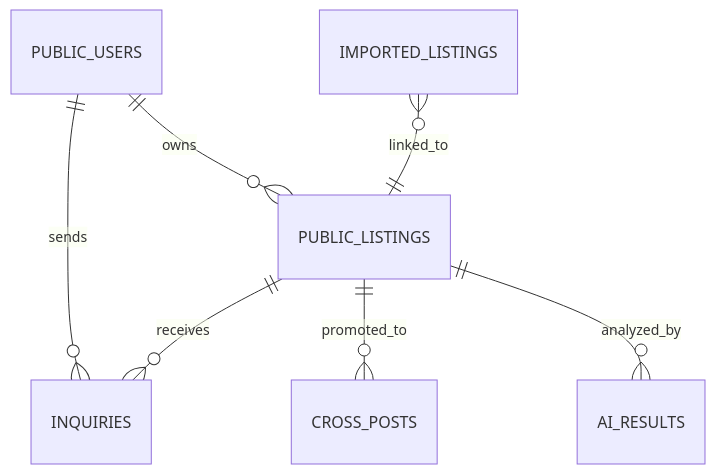
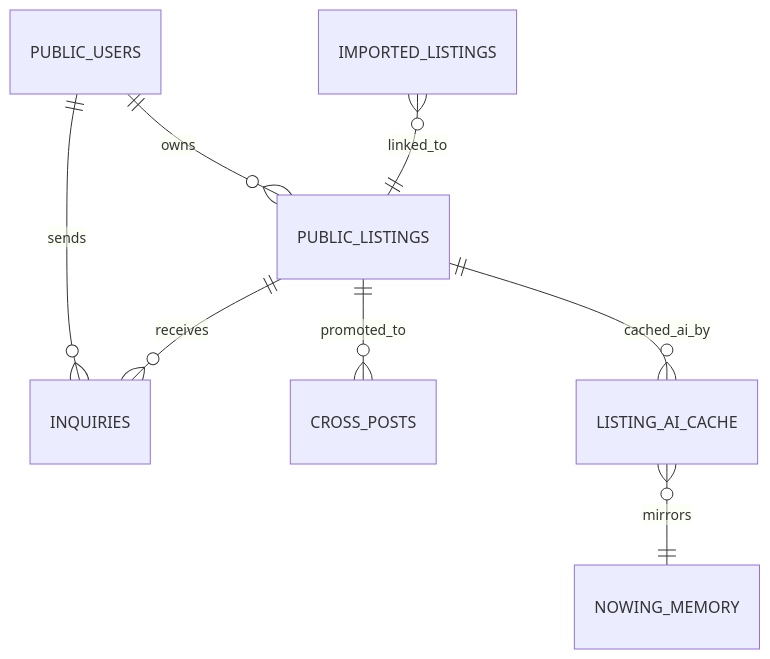
One commit to deptrai/longthanhland changed the third of 4 diagrams in docs/bdsai/architecture/ARCHITECTURE-SPINE.md. Above: the diagram before and after it, drawn with Mermaid. The commit also changed other lines of this file and 2 other files, not shown here.

First line of the commit message:
fix(architecture): apply architect review fixes for bdsai-nowing boundary

````diff
--- a/docs/bdsai/architecture/ARCHITECTURE-SPINE.md
+++ b/docs/bdsai/architecture/ARCHITECTURE-SPINE.md
@@ -312,9 +342,10 @@
 ```mermaid
 erDiagram
     PUBLIC_USERS ||--o{ PUBLIC_LISTINGS : owns
     PUBLIC_USERS ||--o{ INQUIRIES : sends
     PUBLIC_LISTINGS ||--o{ INQUIRIES : receives
     PUBLIC_LISTINGS ||--o{ CROSS_POSTS : promoted_to
-    PUBLIC_LISTINGS ||--o{ AI_RESULTS : analyzed_by
+    PUBLIC_LISTINGS ||--o{ LISTING_AI_CACHE : cached_ai_by
+    LISTING_AI_CACHE }o--|| NOWING_MEMORY : mirrors
     IMPORTED_LISTINGS }o--|| PUBLIC_LISTINGS : linked_to
 ```
````
